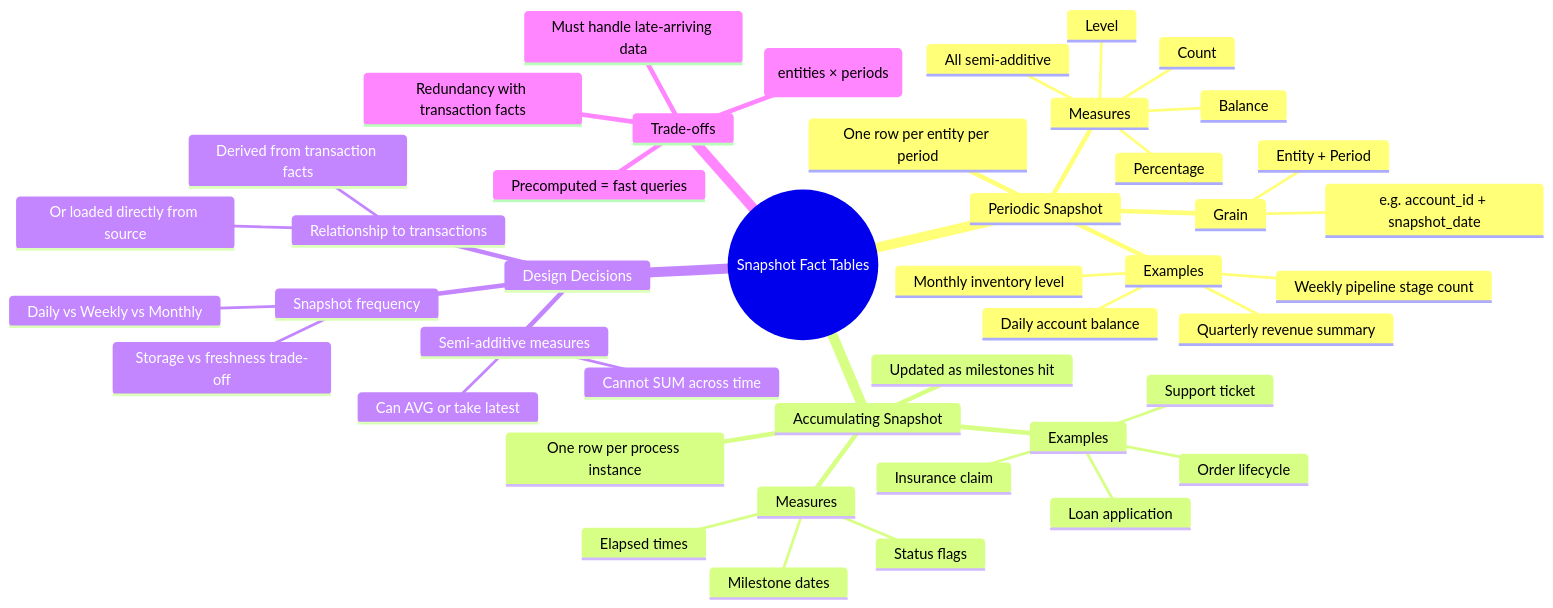
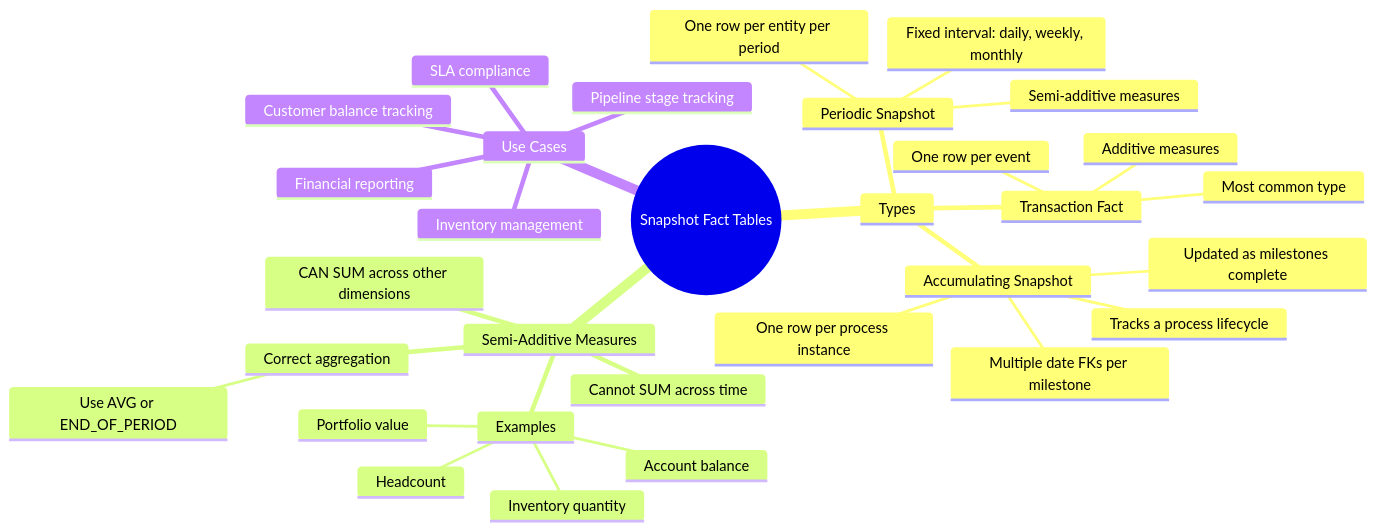
One commit to sivanagaraju/sparkantrigravity changed the diagram in PrincipleDataArchitect/01_Data_Modeling/04_Temporal_and_Bitemporal_Modeling/03_Snapshot_Fact_Tables/01_Concept_Overview.md. Above: the diagram before and after it, drawn with Mermaid. The commit also changed other lines of this file and 79 other files, not shown here.

Commit message:
feat: Add comprehensive learning modules covering data modeling principles, NoSQL, graph databases, normalization, and database system internals.

````diff
--- a/PrincipleDataArchitect/01_Data_Modeling/04_Temporal_and_Bitemporal_Modeling/03_Snapshot_Fact_Tables/01_Concept_Overview.md
+++ b/PrincipleDataArchitect/01_Data_Modeling/04_Temporal_and_Bitemporal_Modeling/03_Snapshot_Fact_Tables/01_Concept_Overview.md
@@ -73,47 +15,34 @@
 ```mermaid
 mindmap
   root((Snapshot Fact Tables))
-    Periodic Snapshot
-      One row per entity per period
+    Types
+      Periodic Snapshot
+        Fixed interval: daily, weekly, monthly
+        One row per entity per period
+        Semi-additive measures
+      Accumulating Snapshot
+        Tracks a process lifecycle
+        Multiple date FKs per milestone
+        One row per process instance
+        Updated as milestones complete
+      Transaction Fact
+        One row per event
+        Additive measures
+        Most common type
+    Semi-Additive Measures
+      Cannot SUM across time
+      CAN SUM across other dimensions
       Examples
-        Daily account balance
-        Monthly inventory level
-        Weekly pipeline stage count
-        Quarterly revenue summary
-      Grain
-        Entity + Period
-        e.g. account_id + snapshot_date
-      Measures
-        All semi-additive
-        Balance
-        Count
-        Level
-        Percentage
-    Accumulating Snapshot
-      One row per process instance
-      Updated as milestones hit
-      Examples
-        Order lifecycle
-        Loan application
-        Insurance claim
-        Support ticket
-      Measures
-        Milestone dates
-        Elapsed times
-        Status flags
-    Design Decisions
-      Snapshot frequency
-        Daily vs Weekly vs Monthly
-        Storage vs freshness trade-off
-      Semi-additive measures
-        Cannot SUM across time
-        Can AVG or take latest
-      Relationship to transactions
-        Derived from transaction facts
-        Or loaded directly from source
-    Trade-offs
-      Storage O(entities × periods)
-      Precomputed = fast queries
-      Redundancy with transaction facts
-      Must handle late-arriving data
+        Account balance
+        Inventory quantity
+        Headcount
+        Portfolio value
+      Correct aggregation
+        Use AVG or END_OF_PERIOD
+    Use Cases
+      Financial reporting
+      Inventory management
+      Customer balance tracking
+      SLA compliance
+      Pipeline stage tracking
 ```
````
